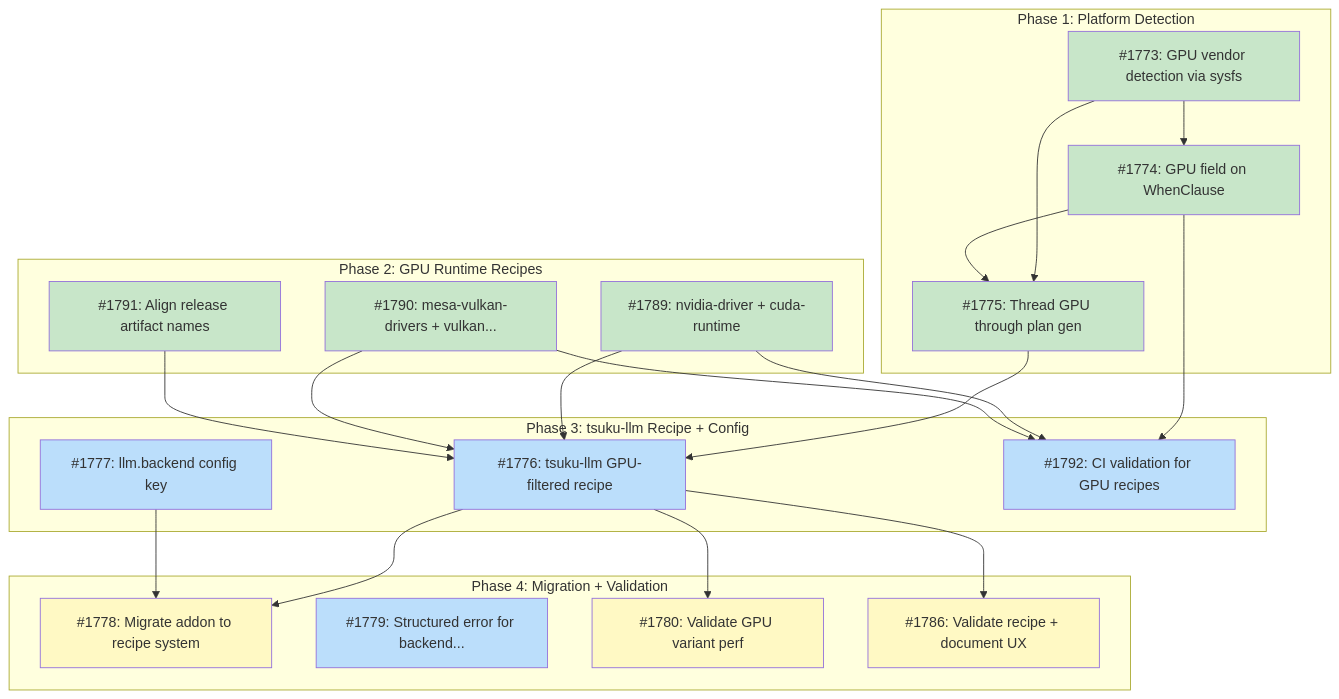
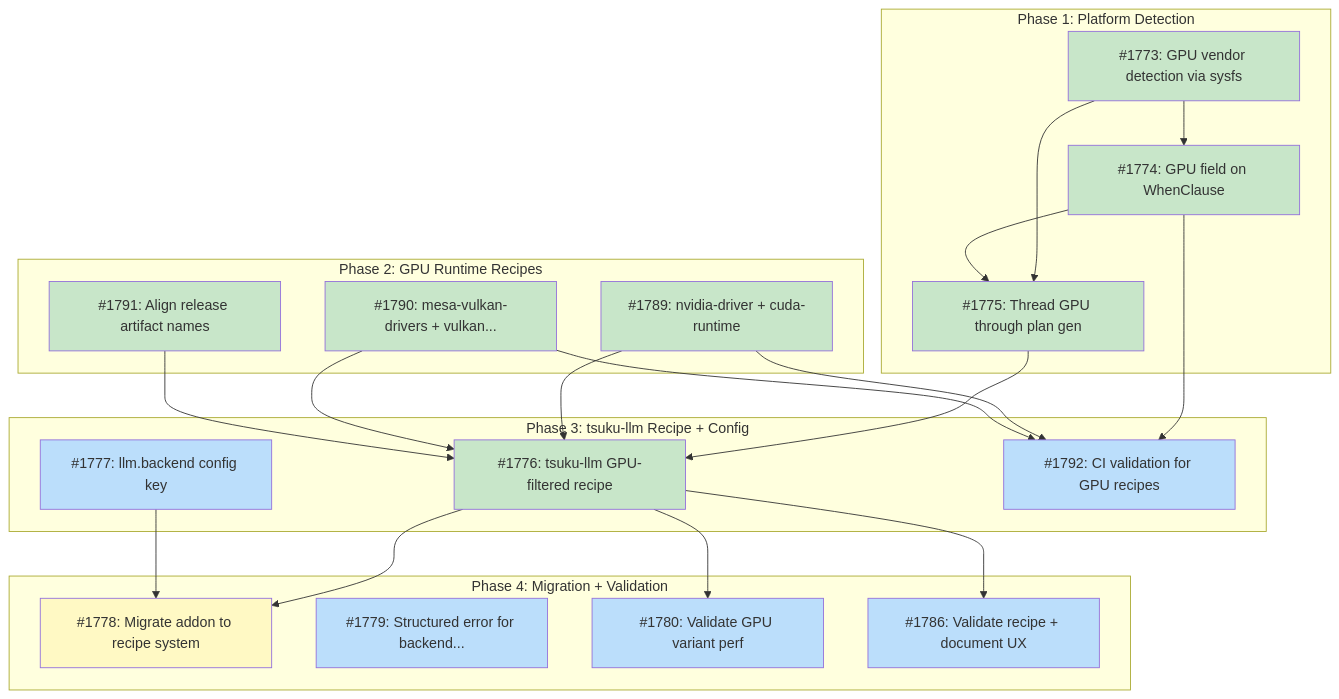
Before and after one commit to tsukumogami/tsuku: the diagram in docs/designs/DESIGN-gpu-backend-selection.md, drawn with Mermaid. The commit also changed other lines of this file and 5 other files, not shown here.

````diff
--- a/docs/designs/DESIGN-gpu-backend-selection.md
+++ b/docs/designs/DESIGN-gpu-backend-selection.md
@@ -72,52 +72,52 @@
 ```mermaid
 graph TD
     subgraph Phase1["Phase 1: Platform Detection"]
         I1773["#1773: GPU vendor detection via sysfs"]
         I1774["#1774: GPU field on WhenClause"]
         I1775["#1775: Thread GPU through plan gen"]
     end
 
     subgraph Phase2["Phase 2: GPU Runtime Recipes"]
         I1789["#1789: nvidia-driver + cuda-runtime"]
         I1790["#1790: mesa-vulkan-drivers + vulkan..."]
         I1791["#1791: Align release artifact names"]
     end
 
     subgraph Phase3["Phase 3: tsuku-llm Recipe + Config"]
         I1776["#1776: tsuku-llm GPU-filtered recipe"]
         I1777["#1777: llm.backend config key"]
         I1792["#1792: CI validation for GPU recipes"]
     end
 
     subgraph Phase4["Phase 4: Migration + Validation"]
         I1778["#1778: Migrate addon to recipe system"]
         I1779["#1779: Structured error for backend..."]
         I1780["#1780: Validate GPU variant perf"]
         I1786["#1786: Validate recipe + document UX"]
     end
 
     I1773 --> I1774
     I1773 --> I1775
     I1774 --> I1775
     I1774 --> I1792
     I1789 --> I1792
     I1790 --> I1792
     I1775 --> I1776
     I1789 --> I1776
     I1790 --> I1776
     I1791 --> I1776
     I1776 --> I1778
     I1777 --> I1778
     I1776 --> I1780
     I1776 --> I1786
 
     classDef done fill:#c8e6c9
     classDef ready fill:#bbdefb
     classDef blocked fill:#fff9c4
     classDef needsDesign fill:#e1bee7
     classDef tracksDesign fill:#FFE0B2,stroke:#F57C00,color:#000
 
-    class I1773,I1774,I1775,I1789,I1790,I1791 done
-    class I1776,I1777,I1779,I1792 ready
-    class I1778,I1780,I1786 blocked
+    class I1773,I1774,I1775,I1776,I1789,I1790,I1791 done
+    class I1777,I1779,I1780,I1786,I1792 ready
+    class I1778 blocked
 ```
````
